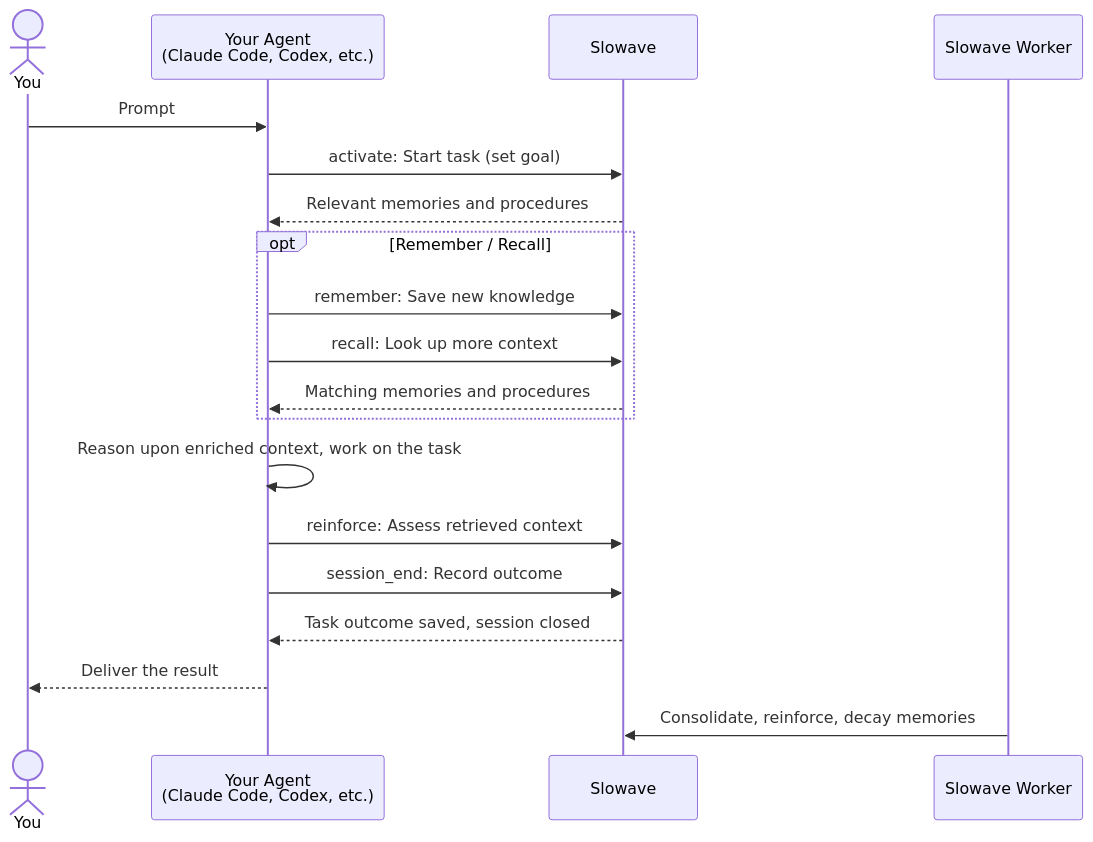
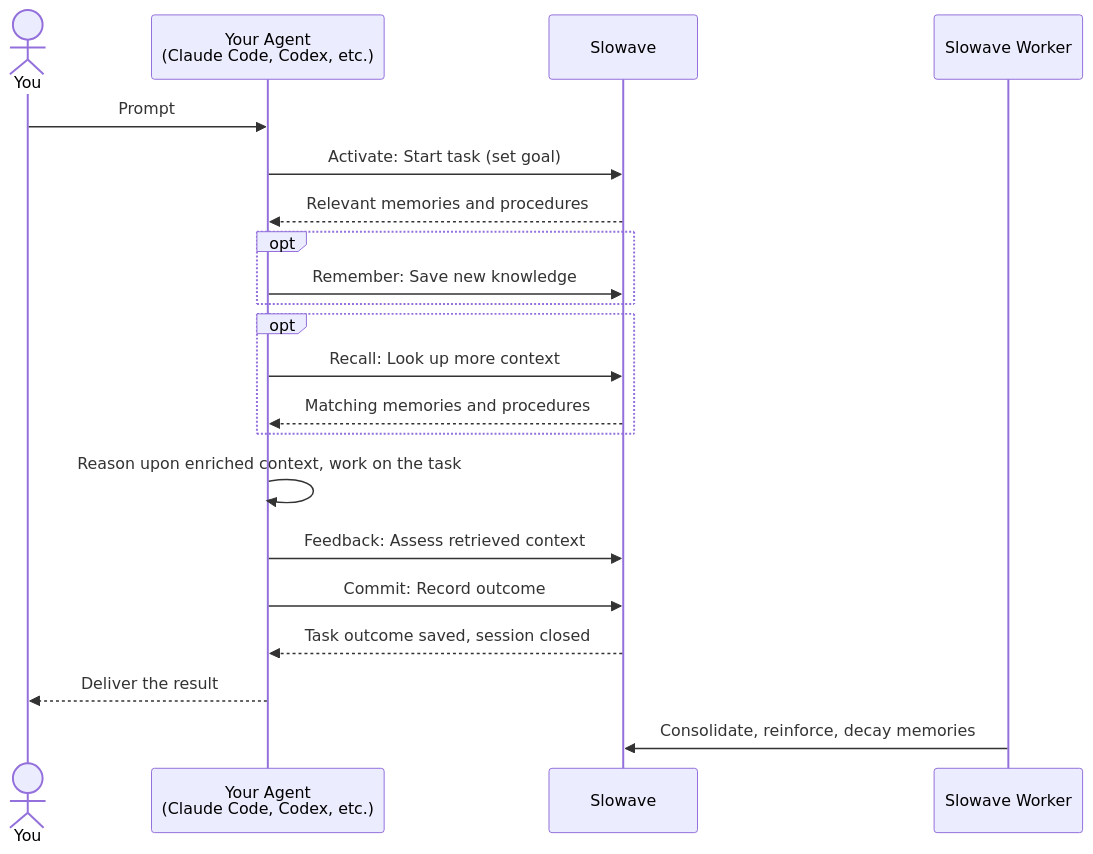
Before and after one commit to slowave-ai/slowave: the second of 3 diagrams in README.md, drawn with Mermaid. The commit also changed other lines of this file and 372 other files, not shown here.

````diff
--- a/README.md
+++ b/README.md
@@ -125,25 +118,28 @@
 ```mermaid
 sequenceDiagram
     actor User as You
     participant Agent as Your Agent<br/>(Claude Code, Codex, etc.)
     participant Slowave
     participant Worker as Slowave Worker
 
     User->>Agent: Prompt
-    Agent->>Slowave: activate: Start task (set goal)
+    Agent->>Slowave: Activate: Start task (set goal)
     Slowave-->>Agent: Relevant memories and procedures
 
-    opt Remember / Recall
-        Agent->>Slowave: remember: Save new knowledge
-        Agent->>Slowave: recall: Look up more context
+    opt 
+        Agent->>Slowave: Remember: Save new knowledge
+    end
+
+    opt 
+        Agent->>Slowave: Recall: Look up more context
         Slowave-->>Agent: Matching memories and procedures
     end
 
     Agent->>Agent: Reason upon enriched context, work on the task
-    Agent->>Slowave: reinforce: Assess retrieved context
-    Agent->>Slowave: session_end: Record outcome
+    Agent->>Slowave: Feedback: Assess retrieved context
+    Agent->>Slowave: Commit: Record outcome
     Slowave-->>Agent: Task outcome saved, session closed
     Agent-->>User: Deliver the result
 
     Worker->>Slowave: Consolidate, reinforce, decay memories
 ```
````
